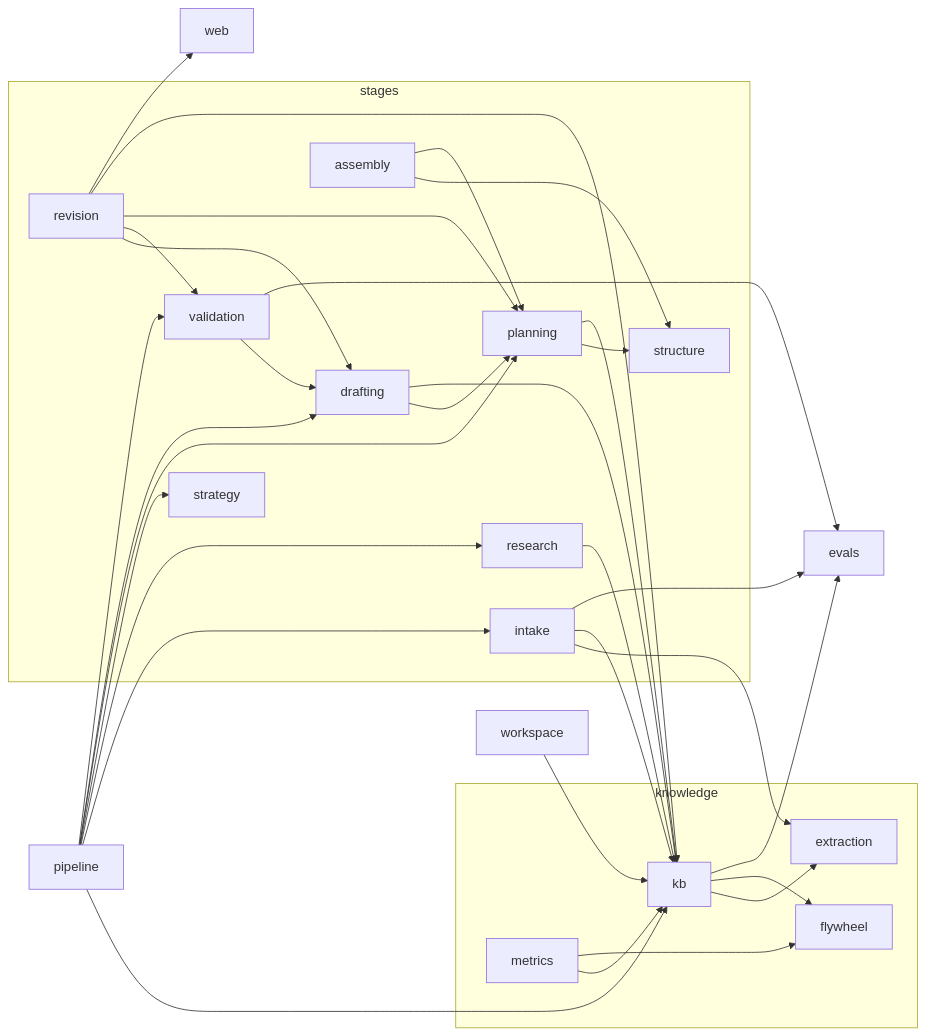
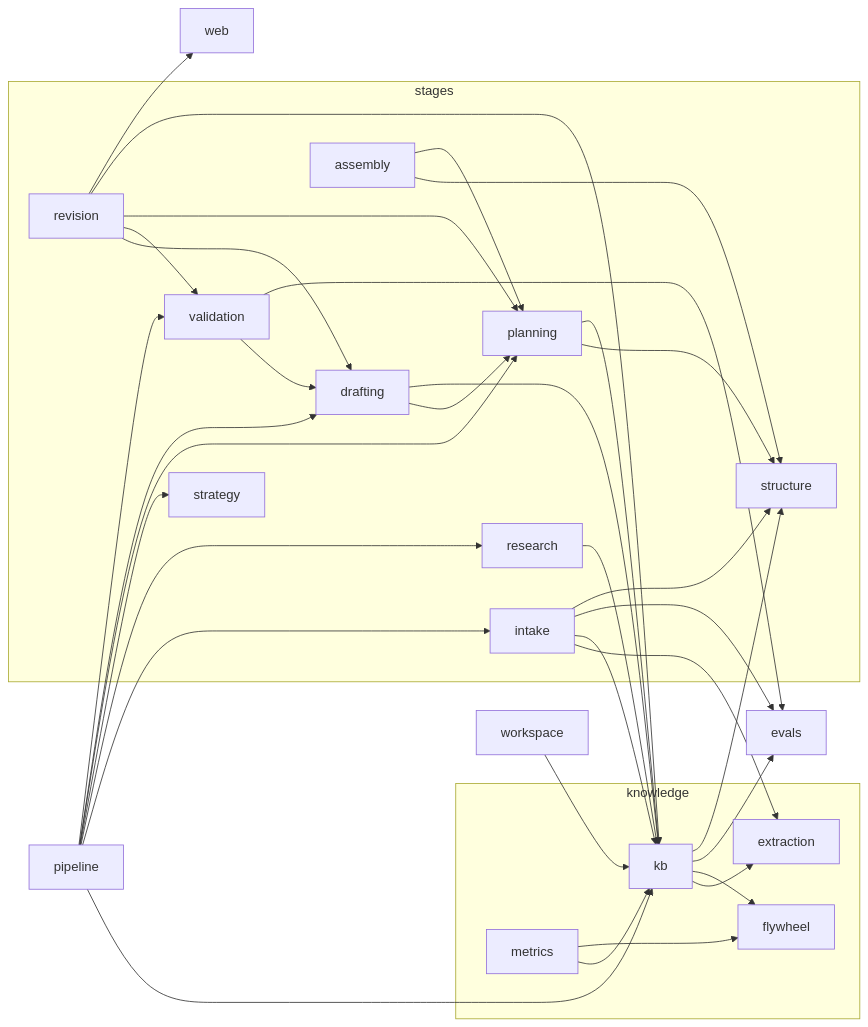
Before and after one commit to jbilling66-spec/rfp-engine: the diagram in docs/graph/modules.md, drawn with Mermaid. The commit also changed other lines of this file and 110 other files, not shown here.

````diff
--- a/docs/graph/modules.md
+++ b/docs/graph/modules.md
@@ -57,50 +57,52 @@
 ```mermaid
 graph LR
   subgraph stages
     intake
     research
     strategy
     planning
     drafting
     validation
     revision
     assembly
     structure
   end
   subgraph knowledge
     kb
     flywheel
     metrics
     extraction
   end
   pipeline --> intake
   pipeline --> research
   pipeline --> strategy
   pipeline --> planning
   pipeline --> drafting
   pipeline --> validation
   pipeline --> kb
   intake --> extraction
   intake --> kb
   intake --> evals
+  intake --> structure
   research --> kb
   planning --> structure
   planning --> kb
   drafting --> planning
   drafting --> kb
   validation --> drafting
   validation --> evals
   revision --> drafting
   revision --> validation
   revision --> planning
   revision --> kb
   revision --> web
   assembly --> structure
   assembly --> planning
   kb --> extraction
   kb --> flywheel
   kb --> evals
+  kb --> structure
   metrics --> kb
   metrics --> flywheel
   workspace --> kb
 ```
````
